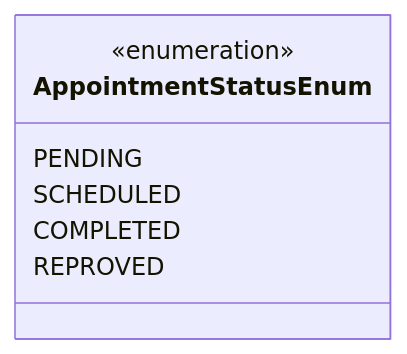
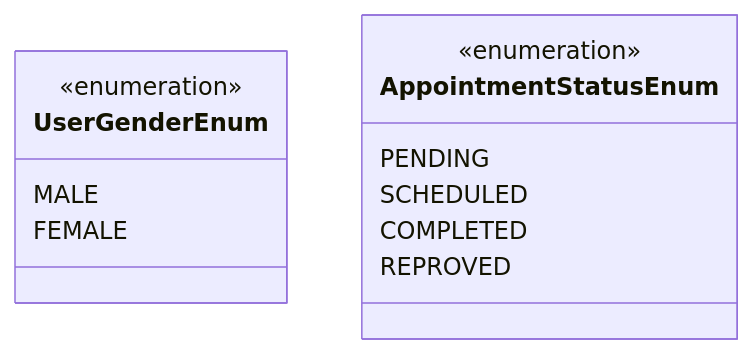
One commit to leonardodimarchi/massage-therapy-api changed the second of 2 diagrams in README.md. Above: the diagram before and after it, drawn with Mermaid. The commit also changed other lines of this file, not shown here.

Commit message:
docs(README): updating diagram

````diff
--- a/README.md
+++ b/README.md
@@ -55,10 +41,16 @@
 ```mermaid
 classDiagram
-class AppointmentStatusEnum {
-    <<enumeration>>
-    PENDING
-    SCHEDULED
-    COMPLETED
-    REPROVED
-}
+    class UserGenderEnum {
+        <<enumeration>>
+        MALE
+        FEMALE
+    }
+
+    class AppointmentStatusEnum {
+        <<enumeration>>
+        PENDING
+        SCHEDULED
+        COMPLETED
+        REPROVED
+    }
 ```
````
